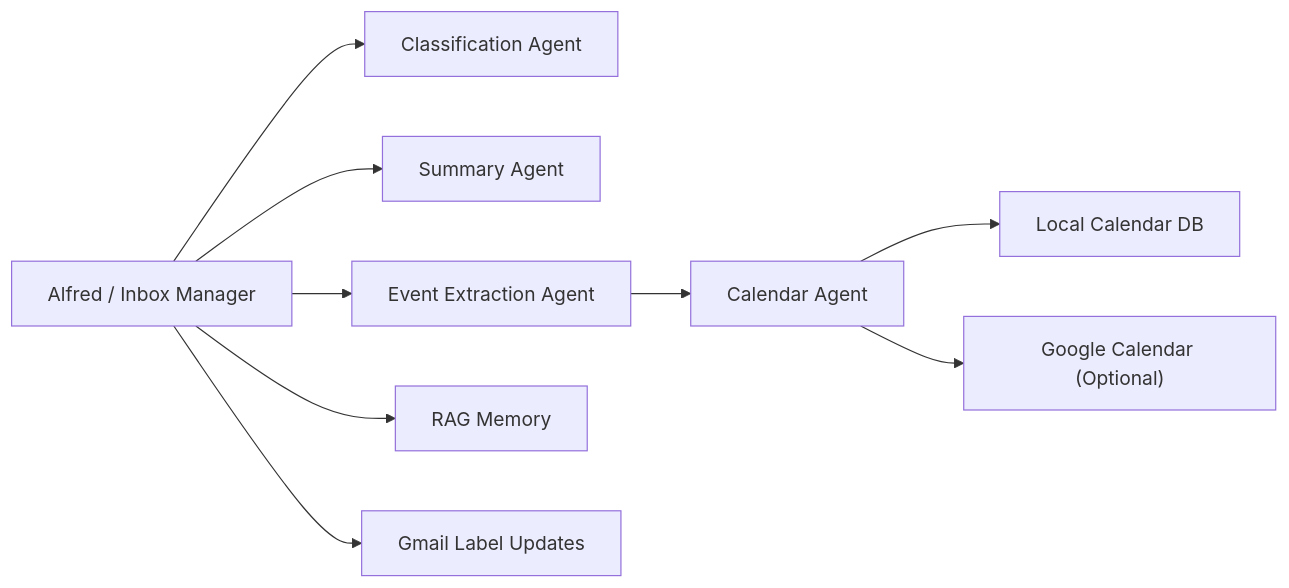
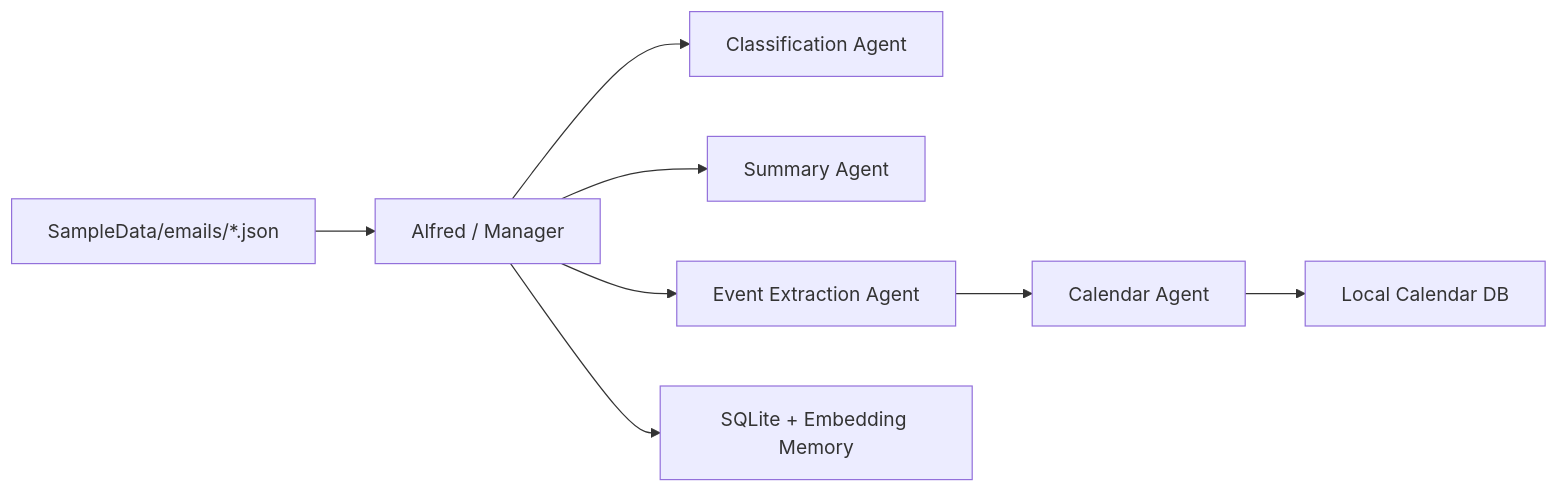
One commit to kennynguyen216/springAI2026 changed the diagram in README.md. Above: the diagram before and after it, drawn with Mermaid. The commit also changed other lines of this file and 164 other files, not shown here.

````diff
--- a/README.md
+++ b/README.md
@@ -24,11 +20,10 @@
 ```mermaid
 flowchart LR
-    A["Alfred / Inbox Manager"] --> B["Classification Agent"]
+    A["Alfred / Manager"] --> B["Classification Agent"]
     A --> C["Summary Agent"]
     A --> D["Event Extraction Agent"]
     D --> E["Calendar Agent"]
-    A --> F["RAG Memory"]
-    A --> G["Gmail Label Updates"]
-    E --> H["Local Calendar DB"]
-    E --> I["Google Calendar (Optional)"]
+    A --> F["SQLite + Embedding Memory"]
+    E --> G["Local Calendar DB"]
+    H["SampleData/emails/*.json"] --> A
 ```
````
